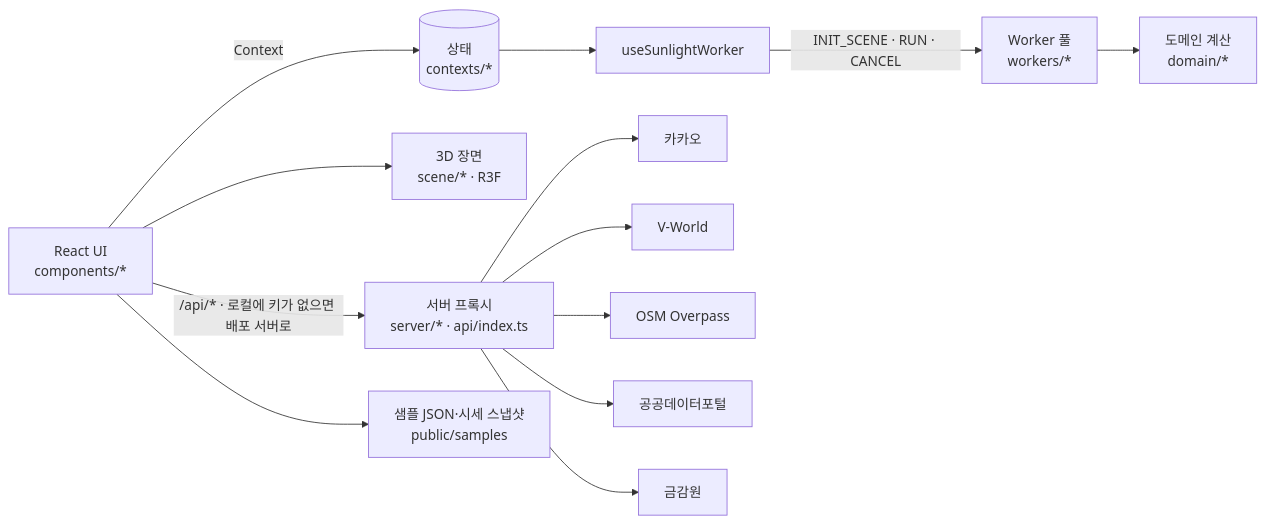
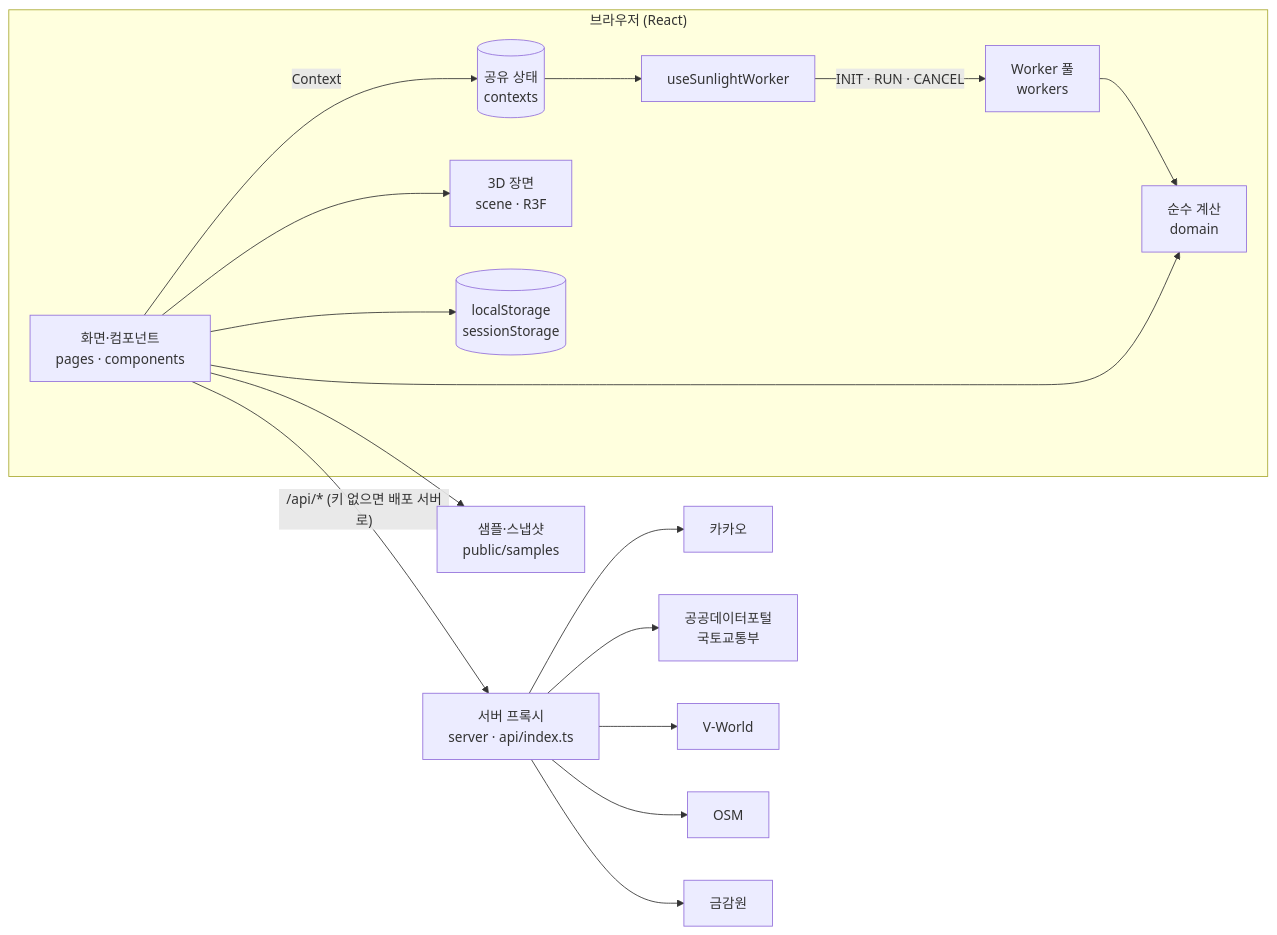
Before and after one commit to LEEmoonyong/real-estate-analysis: the second of 2 diagrams in README.md, drawn with Mermaid. The commit also changed other lines of this file and 5 other files, not shown here.

````diff
--- a/README.md
+++ b/README.md
@@ -262,11 +204,15 @@
 ```mermaid
 flowchart LR
-  UI[React UI<br/>components/*] -->|Context| ST[(상태<br/>contexts/*)]
-  UI --> SC[3D 장면<br/>scene/* · R3F]
-  ST --> HK[useSunlightWorker]
-  HK -->|INIT_SCENE · RUN · CANCEL| WP[Worker 풀<br/>workers/*]
-  WP --> DM[도메인 계산<br/>domain/*]
-  UI -->|/api/* · 로컬에 키가 없으면 배포 서버로| SV[서버 프록시<br/>server/* · api/index.ts]
-  SV --> K[카카오] & V[V-World] & O[OSM Overpass] & G[공공데이터포털] & F[금감원]
-  UI --> SM[샘플 JSON·시세 스냅샷<br/>public/samples]
+  subgraph Browser["브라우저 (React)"]
+    UI["화면·컴포넌트<br/>pages · components"] -->|Context| ST[("공유 상태<br/>contexts")]
+    UI --> SC["3D 장면<br/>scene · R3F"]
+    ST --> HK["useSunlightWorker"]
+    HK -->|INIT · RUN · CANCEL| WP["Worker 풀<br/>workers"]
+    WP --> DM["순수 계산<br/>domain"]
+    UI --> DM
+    UI --> LS[("localStorage<br/>sessionStorage")]
+  end
+  UI -->|"/api/* (키 없으면 배포 서버로)"| SV["서버 프록시<br/>server · api/index.ts"]
+  SV --> K["카카오"] & G["공공데이터포털<br/>국토교통부"] & V["V-World"] & O["OSM"] & F["금감원"]
+  UI --> SM["샘플·스냅샷<br/>public/samples"]
 ```
````
